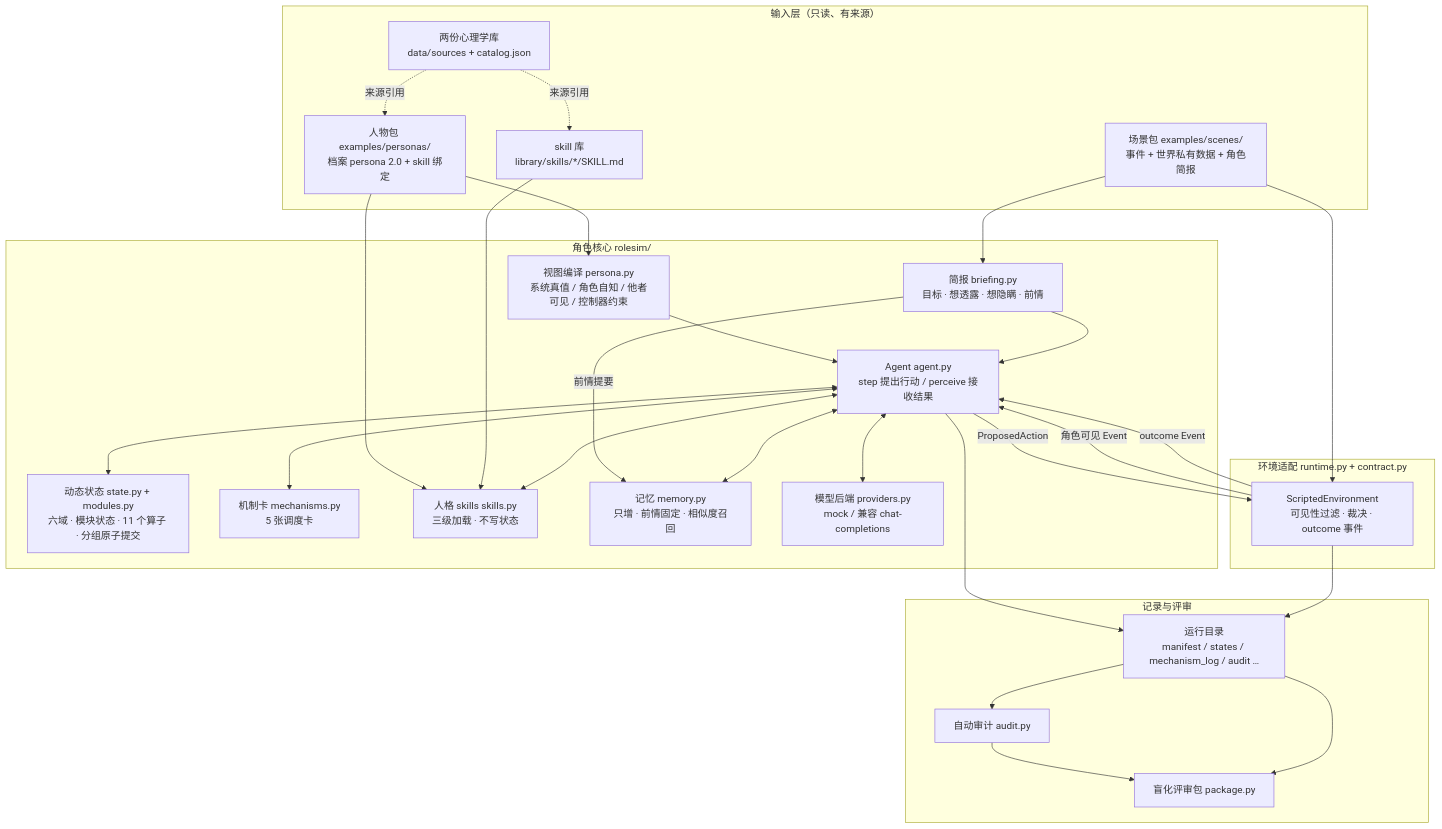
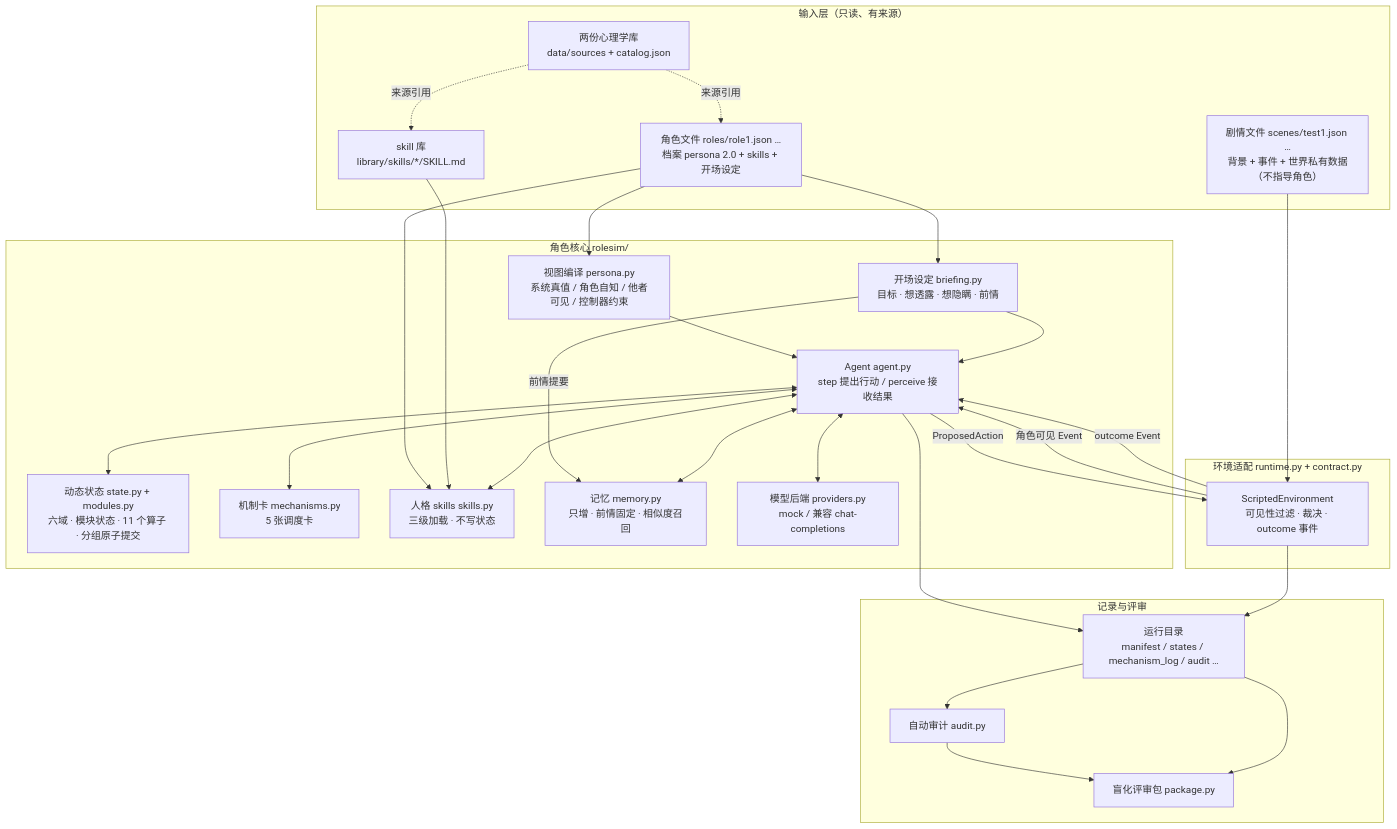
The first of 5 diagrams in docs/07-architecture.md (piersalei/RoleSimulationFramework), drawn with Mermaid before and after one commit. The commit also changed other lines of this file and 33 other files, not shown here.

First line of the commit message:
refactor: one file per role, scenes as background only, pluggable --role/--scene

````diff
--- a/docs/07-architecture.md
+++ b/docs/07-architecture.md
@@ -13,52 +13,52 @@
 ```mermaid
 flowchart TB
   subgraph IN["输入层（只读、有来源）"]
     SRC["两份心理学库<br/>data/sources + catalog.json"]
-    PER["人物包 examples/personas/<br/>档案 persona 2.0 + skill 绑定"]
+    PER["角色文件 roles/role1.json …<br/>档案 persona 2.0 + skills + 开场设定"]
     SKL["skill 库<br/>library/skills/*/SKILL.md"]
-    SCN["场景包 examples/scenes/<br/>事件 + 世界私有数据 + 角色简报"]
+    SCN["剧情文件 scenes/test1.json …<br/>背景 + 事件 + 世界私有数据（不指导角色）"]
   end
 
   subgraph CORE["角色核心 rolesim/"]
     VIEW["视图编译 persona.py<br/>系统真值 / 角色自知 / 他者可见 / 控制器约束"]
     AG["Agent agent.py<br/>step 提出行动 / perceive 接收结果"]
     ST["动态状态 state.py + modules.py<br/>六域 · 模块状态 · 11 个算子 · 分组原子提交"]
     MECH["机制卡 mechanisms.py<br/>5 张调度卡"]
     SK["人格 skills skills.py<br/>三级加载 · 不写状态"]
     MEM["记忆 memory.py<br/>只增 · 前情固定 · 相似度召回"]
-    BR["简报 briefing.py<br/>目标 · 想透露 · 想隐瞒 · 前情"]
+    BR["开场设定 briefing.py<br/>目标 · 想透露 · 想隐瞒 · 前情"]
     BK["模型后端 providers.py<br/>mock / 兼容 chat-completions"]
   end
 
   subgraph ENV["环境适配 runtime.py + contract.py"]
     SE["ScriptedEnvironment<br/>可见性过滤 · 裁决 · outcome 事件"]
   end
 
   subgraph OUT["记录与评审"]
     RUN["运行目录<br/>manifest / states / mechanism_log / audit …"]
     AUD["自动审计 audit.py"]
     PKG["盲化评审包 package.py"]
   end
 
   SRC -. 来源引用 .-> PER
   SRC -. 来源引用 .-> SKL
   PER --> VIEW --> AG
   PER --> SK
   SKL --> SK
   SCN --> SE
-  SCN --> BR
+  PER --> BR
   BR --> AG
   BR -- "前情提要" --> MEM
   SE -- "角色可见 Event" --> AG
   AG <--> ST
   AG <--> MEM
   AG <--> SK
   AG <--> MECH
   AG <--> BK
   AG -- "ProposedAction" --> SE
   SE -- "outcome Event" --> AG
   AG --> RUN
   SE --> RUN
   RUN --> AUD --> PKG
   RUN --> PKG
 ```
````
